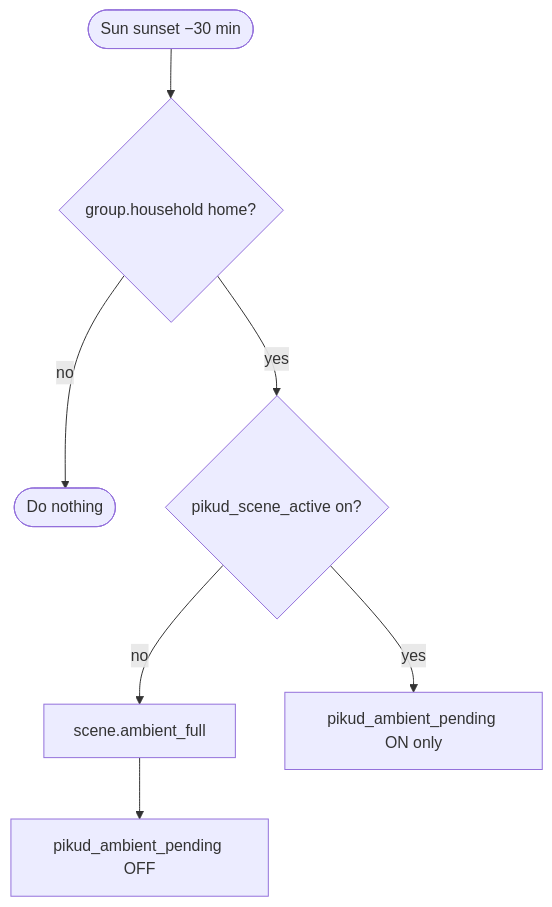
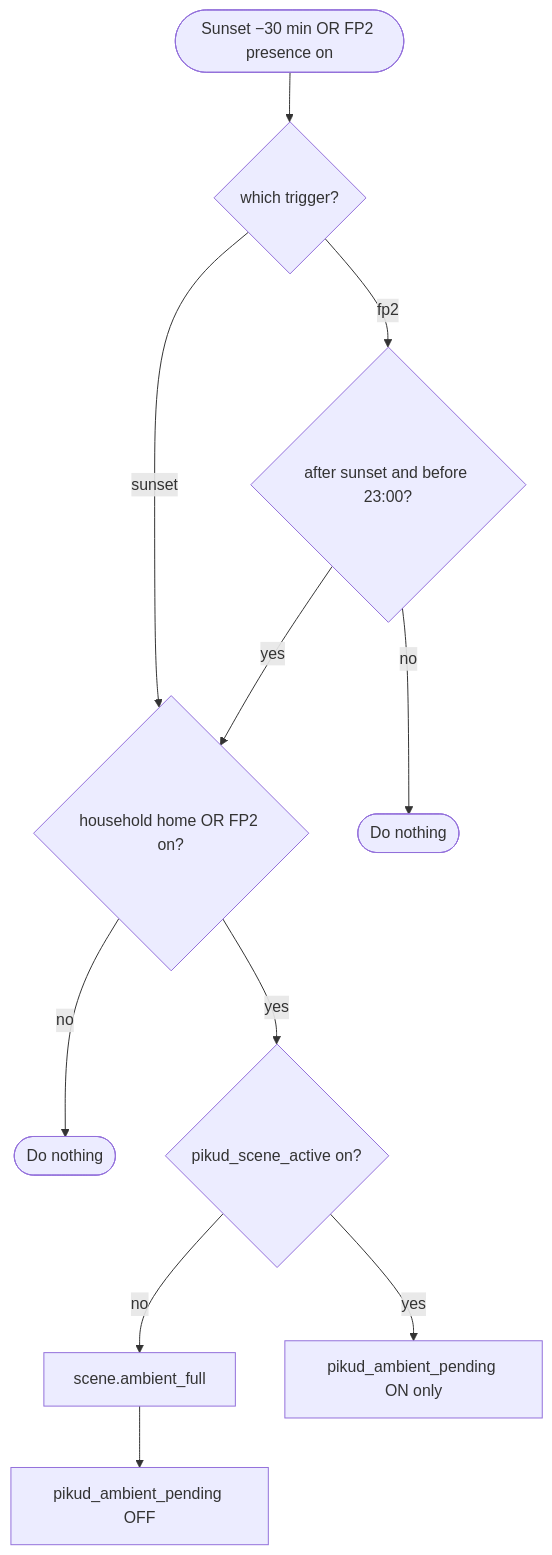
The second of 4 diagrams in repo-docs/automations-ambient-sunset.md (maximunited/hass), drawn with Mermaid before and after one commit. The commit also changed other lines of this file and 4 other files, not shown here.

Commit message:
fix(ambient): FP2 presence, 2am off, retry after Pikud

````diff
--- a/repo-docs/automations-ambient-sunset.md
+++ b/repo-docs/automations-ambient-sunset.md
@@ -74,9 +60,13 @@
 ```mermaid
 flowchart TD
-  TRIG([ Sun sunset −30 min ]) --> HOME{ group.household home? }
-  HOME -->|no| STOP([Do nothing])
+  TRIG([ Sunset −30 min OR FP2 presence on ]) --> WHICH{ which trigger? }
+  WHICH -->|sunset| HOME{ household home OR FP2 on? }
+  WHICH -->|fp2| WIN{ after sunset and before 23:00? }
+  WIN -->|no| STOP1([Do nothing])
+  WIN -->|yes| HOME
+  HOME -->|no| STOP2([Do nothing])
   HOME -->|yes| PIK{ pikud_scene_active on? }
   PIK -->|no| NOW[ scene.ambient_full ]
   NOW --> CLR[ pikud_ambient_pending OFF ]
   PIK -->|yes| PEND[ pikud_ambient_pending ON only ]
 ```
````
